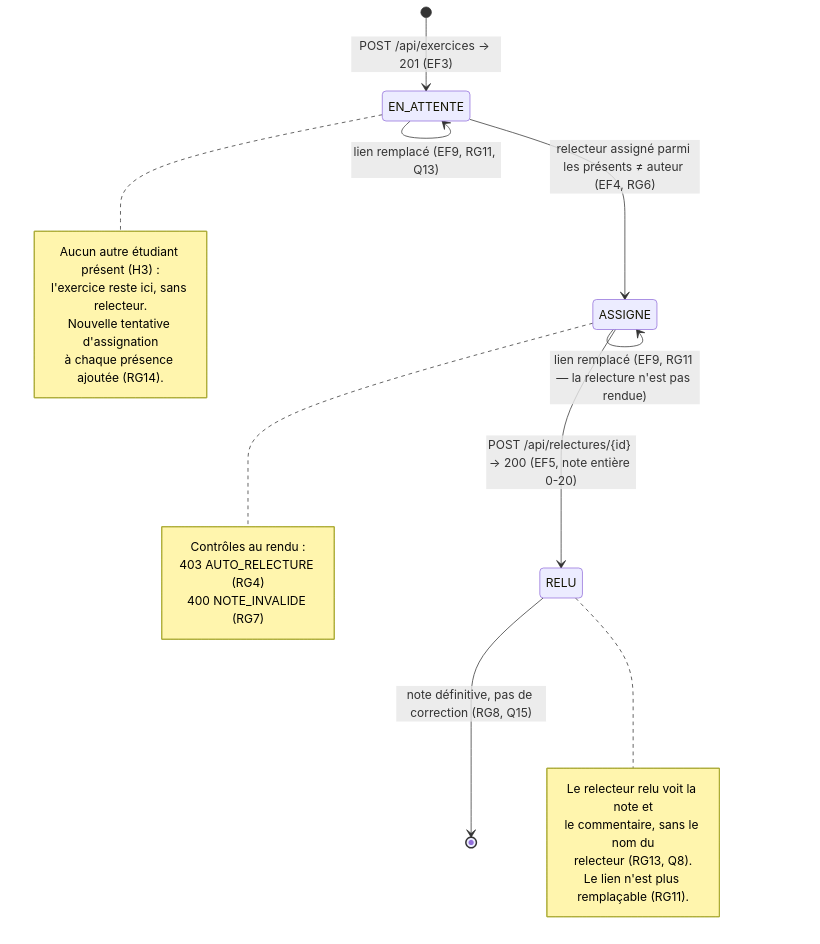
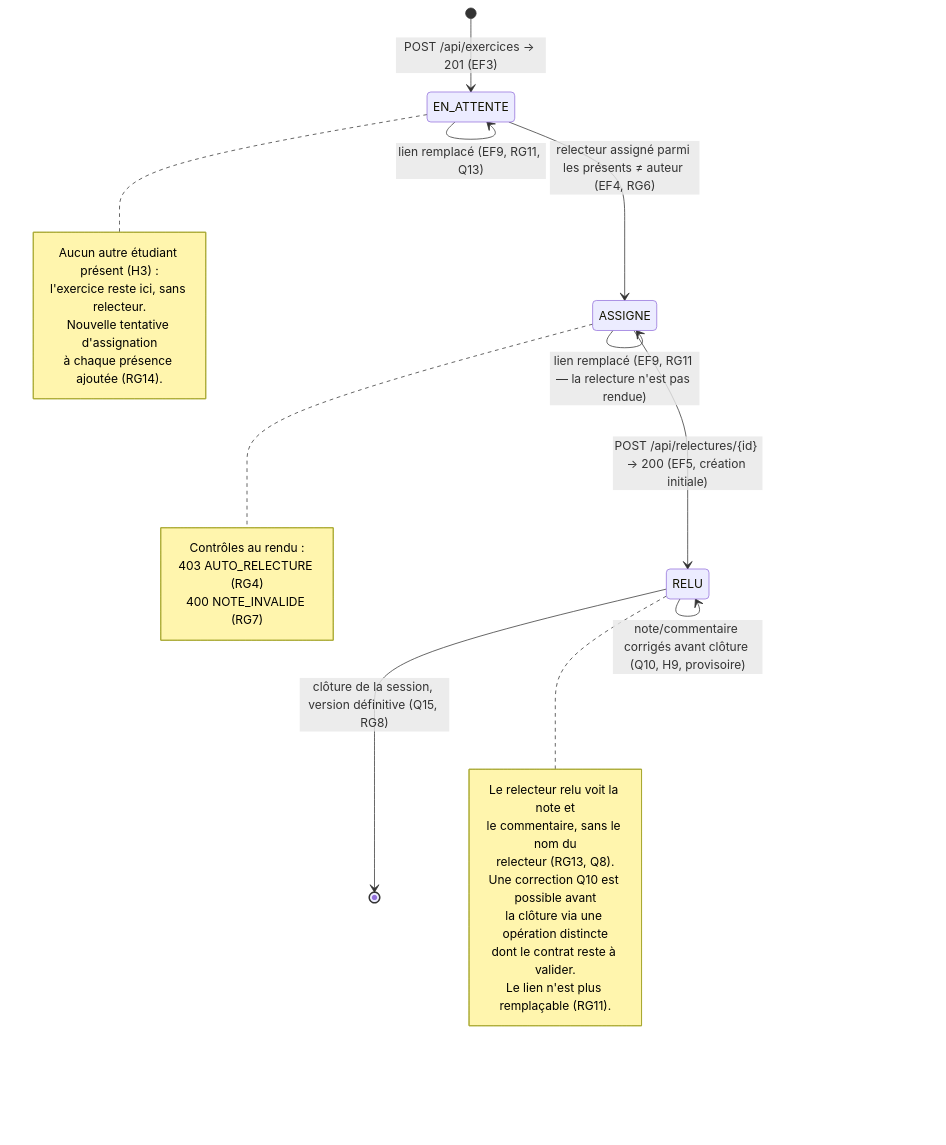
The diagram in docs/diagrammes/D4-etats-exercice.md (steph0502/kfokam48-epreuve-258), drawn with Mermaid before and after one commit. The commit also changed other lines of this file and 4 other files, not shown here.

Commit message:
docs(analyse): tranchage Q10/Q15 revu — Q10 prioritaire tant que la session n'est pas cloturee (H9)

````diff
--- a/docs/diagrammes/D4-etats-exercice.md
+++ b/docs/diagrammes/D4-etats-exercice.md
@@ -5,32 +5,36 @@
 ```mermaid
 stateDiagram-v2
     [*] --> EN_ATTENTE : POST /api/exercices → 201 (EF3)
 
     EN_ATTENTE --> EN_ATTENTE : lien remplacé (EF9, RG11, Q13)
     EN_ATTENTE --> ASSIGNE : relecteur assigné parmi les présents ≠ auteur (EF4, RG6)
 
     note right of EN_ATTENTE
         Aucun autre étudiant présent (H3) :
         l'exercice reste ici, sans relecteur.
         Nouvelle tentative d'assignation
         à chaque présence ajoutée (RG14).
     end note
 
     ASSIGNE --> ASSIGNE : lien remplacé (EF9, RG11 — la relecture n'est pas rendue)
-    ASSIGNE --> RELU : POST /api/relectures/{id} → 200 (EF5, note entière 0-20)
+    ASSIGNE --> RELU : POST /api/relectures/{id} → 200 (EF5, création initiale)
 
     note right of ASSIGNE
         Contrôles au rendu :
         403 AUTO_RELECTURE (RG4)
         400 NOTE_INVALIDE (RG7)
     end note
 
-    RELU --> [*] : note définitive, pas de correction (RG8, Q15)
+    RELU --> RELU : note/commentaire corrigés avant clôture (Q10, H9, provisoire)
+    RELU --> [*] : clôture de la session, version définitive (Q15, RG8)
 
     note right of RELU
         Le relecteur relu voit la note et
         le commentaire, sans le nom du
         relecteur (RG13, Q8).
+        Une correction Q10 est possible avant
+        la clôture via une opération distincte
+        dont le contrat reste à valider.
         Le lien n'est plus remplaçable (RG11).
     end note
 ```
````
